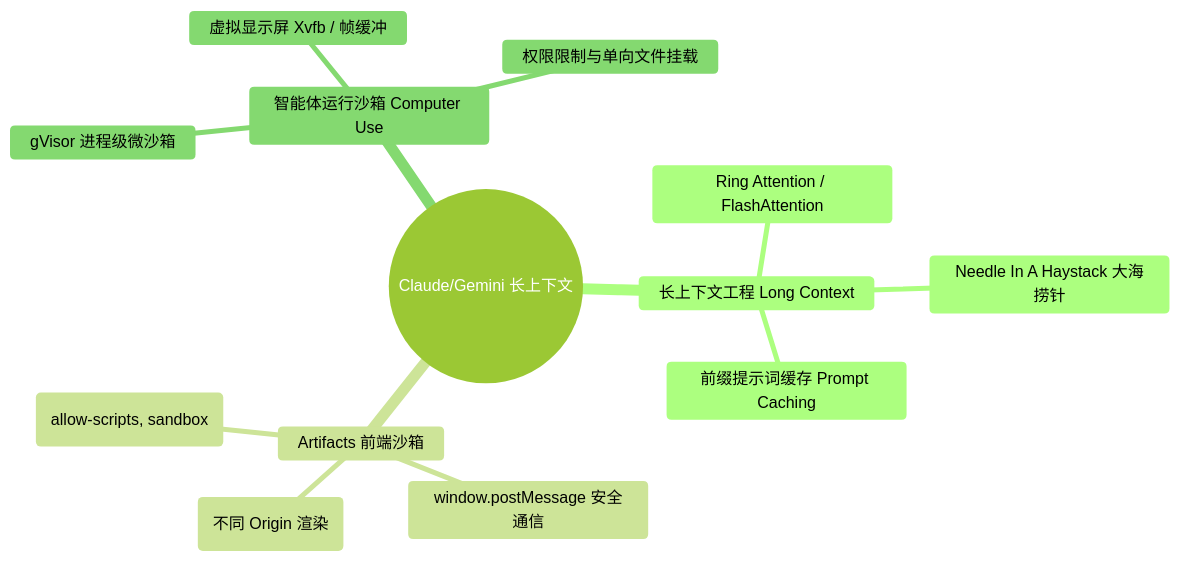
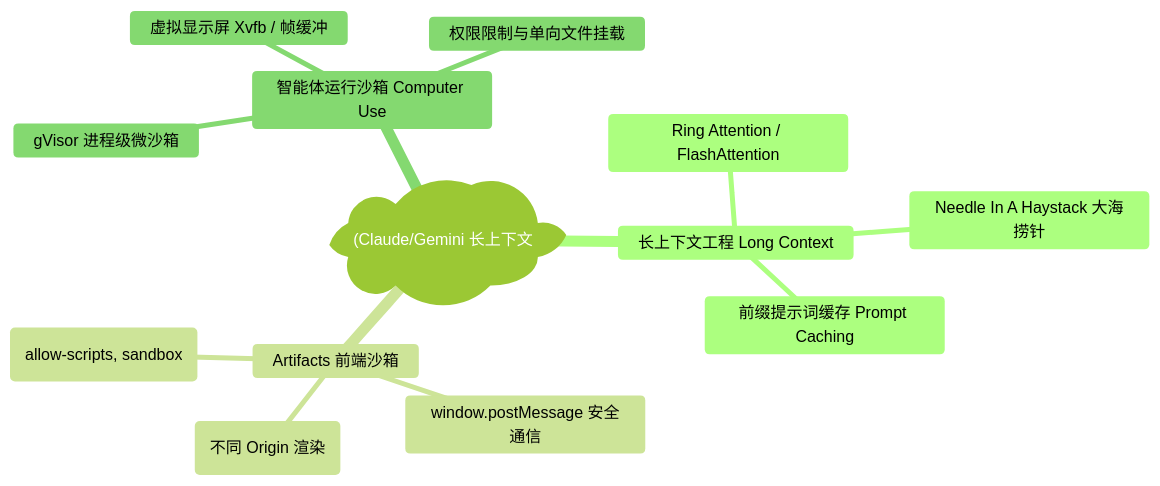
Before and after one commit to koosai/AI-Architect-Learning: the first of 6 diagrams in docs/atlas/claude-gemini.mdx, drawn with Mermaid (forest theme). The commit also changed 187 other files, not shown here.

Commit message:
fix(mermaid): fix all unquoted parens and edge label syntax errors across all docs

````diff
--- a/docs/atlas/claude-gemini.mdx
+++ b/docs/atlas/claude-gemini.mdx
@@ -62,16 +62,16 @@
 ```mermaid
 mindmap
-  root((Claude/Gemini 长上下文))
+  root("(Claude/Gemini 长上下文"))
     长上下文工程 Long Context
       Ring Attention / FlashAttention
       Needle In A Haystack 大海捞针
       前缀提示词缓存 Prompt Caching
     Artifacts 前端沙箱
       iframe 隔离 (allow-scripts, sandbox)
       window.postMessage 安全通信
       跨域隔离 (不同 Origin 渲染)
     智能体运行沙箱 Computer Use
       gVisor 进程级微沙箱
       虚拟显示屏 Xvfb / 帧缓冲
       权限限制与单向文件挂载
 ```
````
